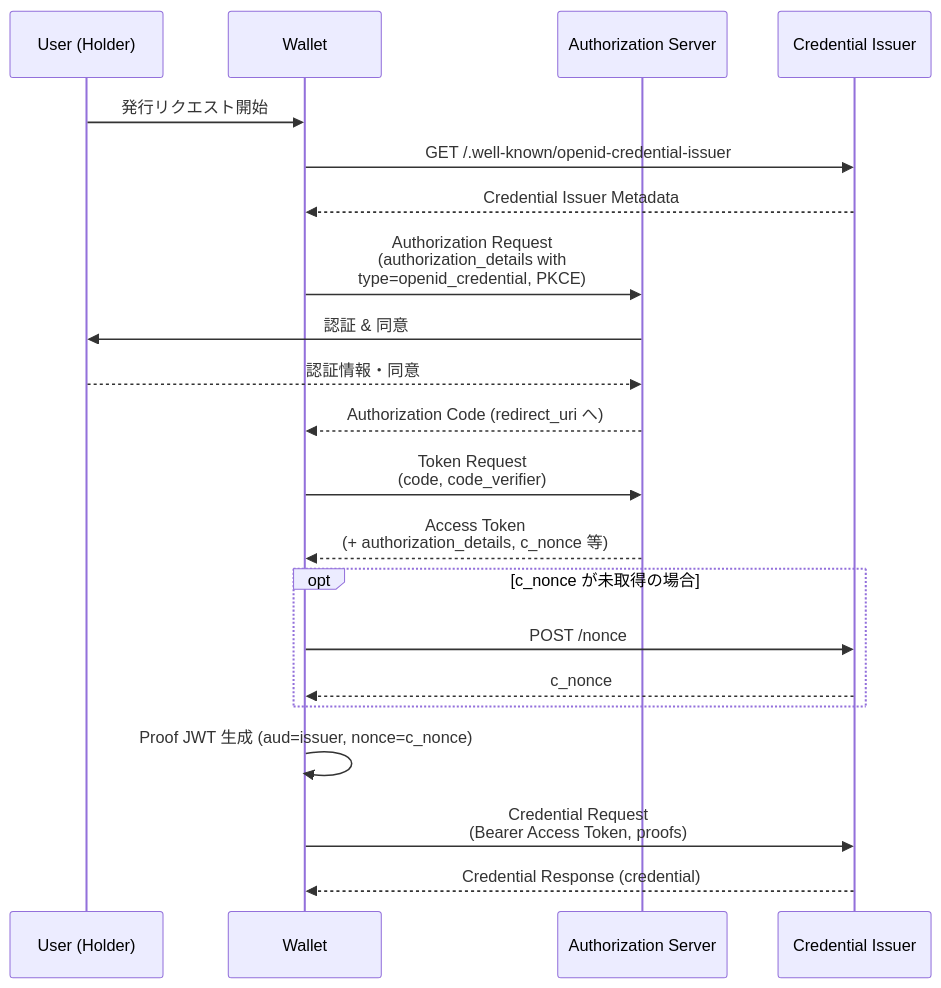
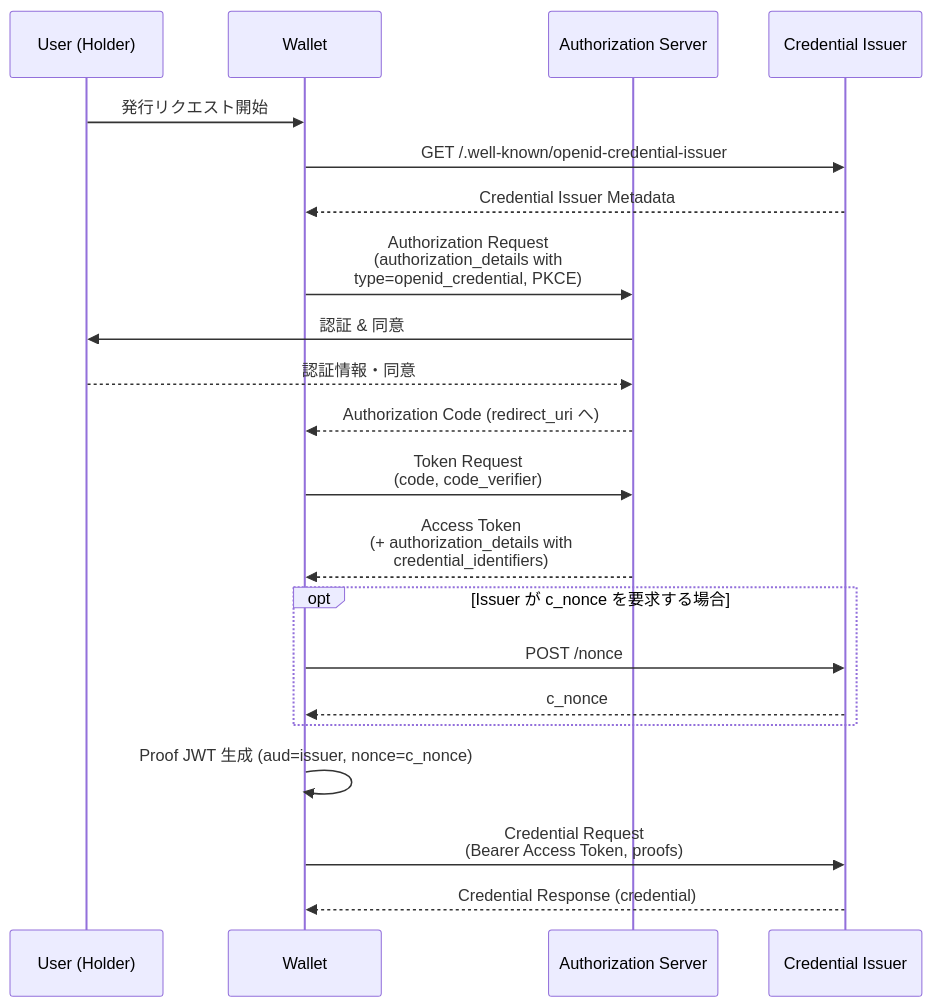
One commit to nbifrye/idbok changed the first of 2 diagrams in docs/specs/openid4vci.md. Above: the diagram before and after it, drawn with Mermaid. The commit also changed other lines of this file, not shown here.

````diff
--- a/docs/specs/openid4vci.md
+++ b/docs/specs/openid4vci.md
@@ -45,24 +46,24 @@
 ```mermaid
 sequenceDiagram
     participant U as User (Holder)
     participant W as Wallet
     participant AS as Authorization Server
     participant CI as Credential Issuer
 
     U->>W: 発行リクエスト開始
     W->>CI: GET /.well-known/openid-credential-issuer
     CI-->>W: Credential Issuer Metadata
     W->>AS: Authorization Request<br/>(authorization_details with<br/>type=openid_credential, PKCE)
     AS->>U: 認証 & 同意
     U-->>AS: 認証情報・同意
     AS-->>W: Authorization Code (redirect_uri へ)
     W->>AS: Token Request<br/>(code, code_verifier)
-    AS-->>W: Access Token<br/>(+ authorization_details, c_nonce 等)
-    opt c_nonce が未取得の場合
+    AS-->>W: Access Token<br/>(+ authorization_details with<br/>credential_identifiers)
+    opt Issuer が c_nonce を要求する場合
         W->>CI: POST /nonce
         CI-->>W: c_nonce
     end
     W->>W: Proof JWT 生成 (aud=issuer, nonce=c_nonce)
     W->>CI: Credential Request<br/>(Bearer Access Token, proofs)
     CI-->>W: Credential Response (credential)
 ```
````
